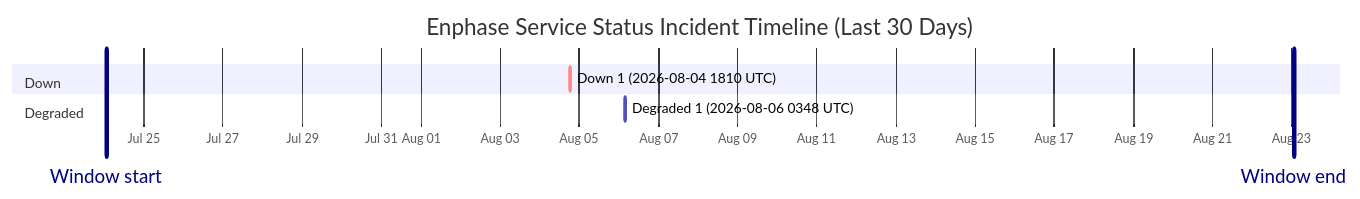
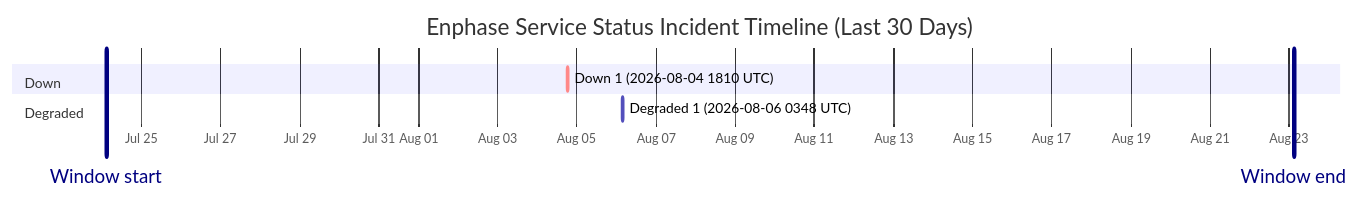
One commit to barneyonline/ha-enphase-energy changed the diagram in wiki/Service-Status-History.md. Above: the diagram before and after it, drawn with Mermaid. The commit also changed other lines of this file and 3 other files, not shown here.

````diff
--- a/wiki/Service-Status-History.md
+++ b/wiki/Service-Status-History.md
@@ -14,12 +14,12 @@
 ```mermaid
 gantt
     title Enphase Service Status Incident Timeline (Last 30 Days)
     dateFormat  YYYY-MM-DDTHH:mm:ss
     axisFormat  %b %d
-    Window start :vert, window-start, 2026-07-24T01:13:02, 0ms
-    Window end :vert, window-end, 2026-08-23T01:13:02, 0ms
+    Window start :vert, window-start, 2026-07-24T02:43:31, 0ms
+    Window end :vert, window-end, 2026-08-23T02:43:31, 0ms
     section Down
     Down 1 (2026-08-04 1810 UTC) :crit, down-1, 2026-08-04T18:10:46, 60m
     section Degraded
     Degraded 1 (2026-08-06 0348 UTC) :active, degraded-1, 2026-08-06T03:48:14, 60m
 ```
````
